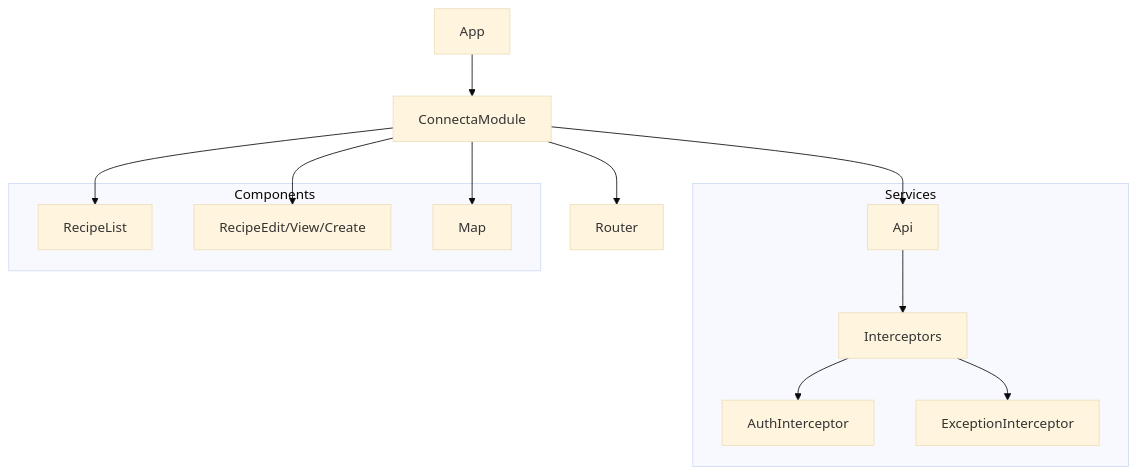
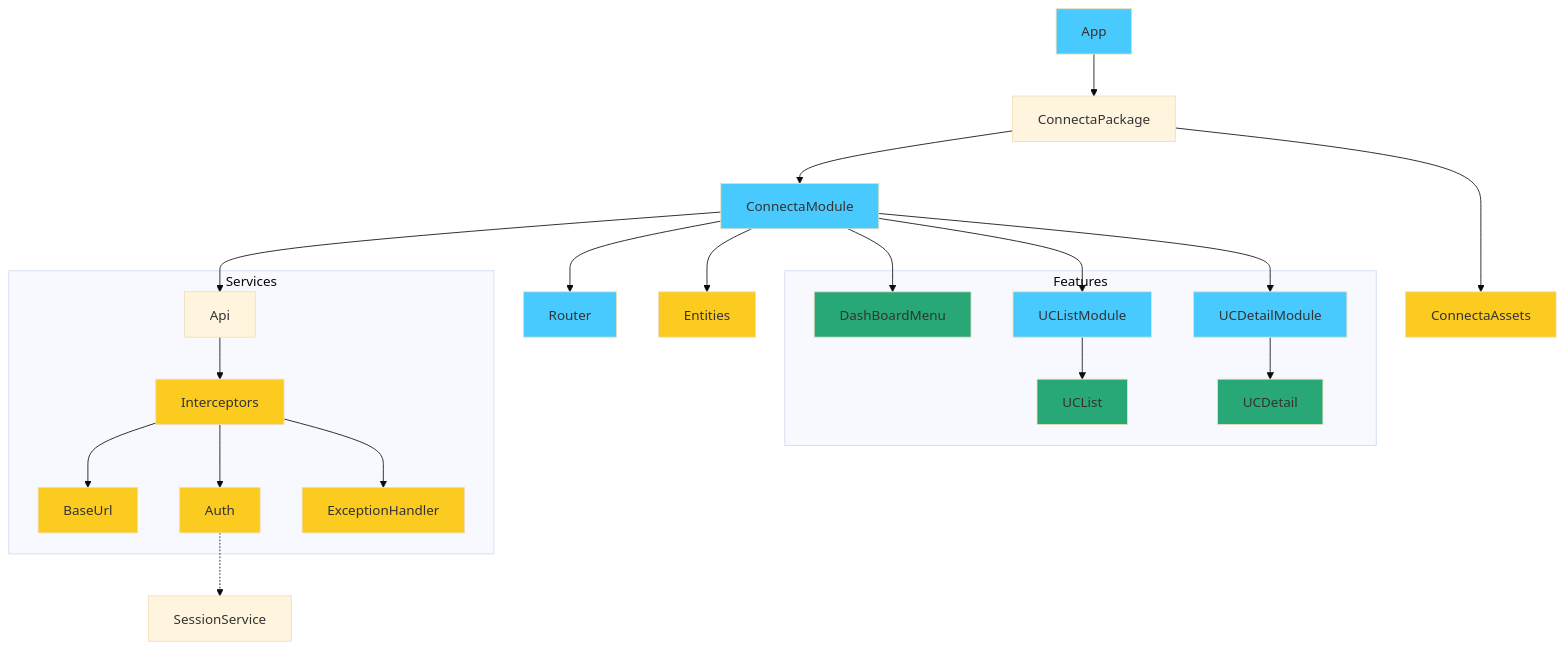
One commit to 00spoiler00/documentation changed the second of 3 diagrams in content/new-connecta/architecture/frontend/module-architecture-proposal.md. Above: the diagram before and after it, drawn with Mermaid (base theme). The commit also changed other lines of this file and 2 other files, not shown here.

Commit message:
Update new connecta frontend architecture

````diff
--- a/content/new-connecta/architecture/frontend/module-architecture-proposal.md
+++ b/content/new-connecta/architecture/frontend/module-architecture-proposal.md
@@ -48,27 +51,39 @@
 ```mermaid
 
 flowchart TD
 
-    App --> ConnectaModule
+    classDef module fill:#48CAFF
+    classDef component fill:#29A877
+    classDef other fill:#FBCB1F
 
-    ConnectaModule --> Api
-    ConnectaModule --> Router
-    ConnectaModule --> RecipeList
-    ConnectaModule --> RecipeEdit/View/Create
-    ConnectaModule --> Map
+
+    App:::module --> ConnectaPackage
+    ConnectaPackage --> ConnectaModule:::module
+    ConnectaPackage ---> ConnectaAssets:::other
+
+    ConnectaModule --> Api:::service
+    ConnectaModule --> Router:::module
+    ConnectaModule --> Entities:::other
+    ConnectaModule --> DashBoardMenu:::component
+    ConnectaModule --> UCListModule:::module
+    ConnectaModule --> UCDetailModule:::module
 
     subgraph Services
-        Api --> Interceptors
-        Interceptors --> AuthInterceptor
-        Interceptors --> ExceptionInterceptor
+        Api --> Interceptors:::other
+        Interceptors --> BaseUrl:::other
+        Interceptors --> Auth:::other
+        Interceptors --> ExceptionHandler:::other
     end
 
-    
-    subgraph Components
-        RecipeList
-        RecipeEdit/View/Create
-        Map
+
+    subgraph Features
+        UCListModule --> UCList:::component
+        UCDetailModule --> UCDetail:::component
+        DashBoardMenu
+        UCList
+        UCDetail
     end
-    
+
+    Auth-.->SessionService
 
 ```
````
